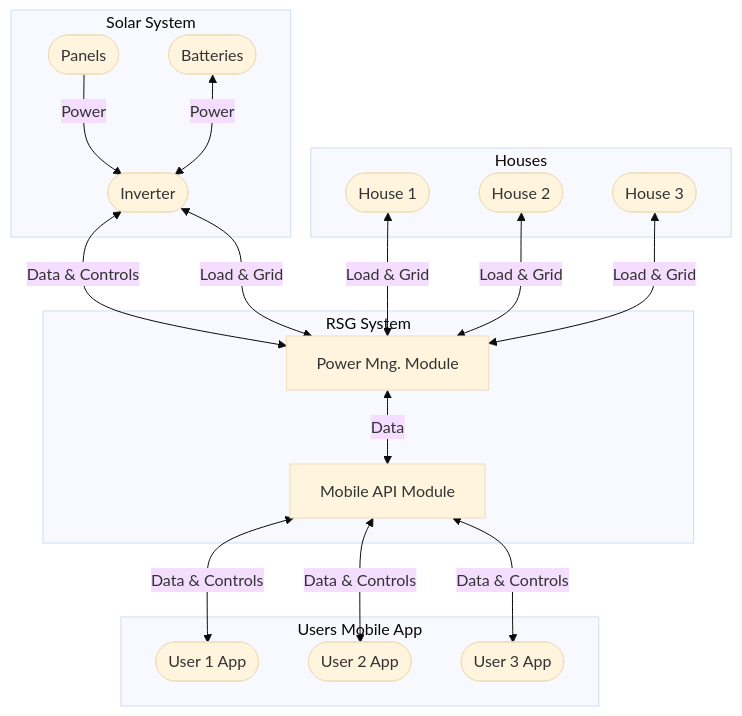
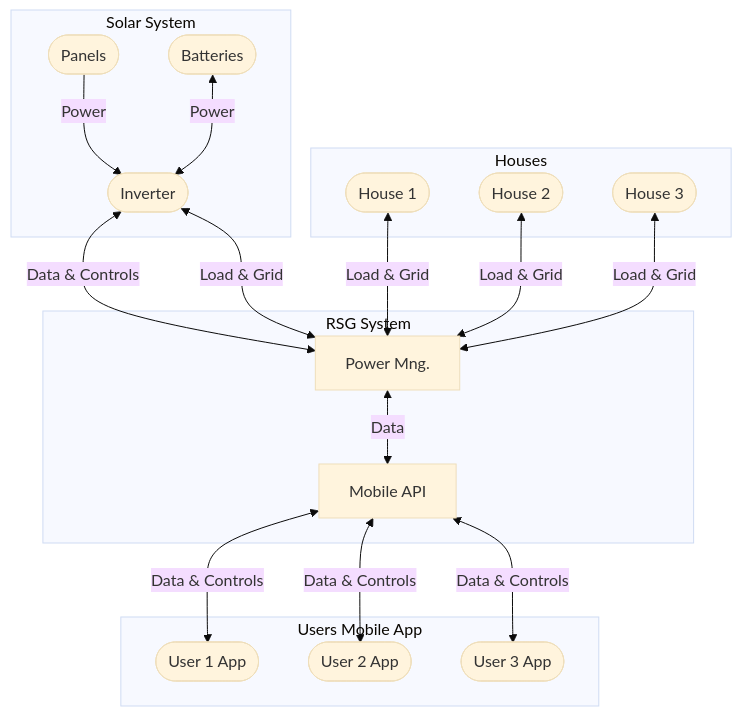
Before and after one commit to ezAldinWaez/residential-smart-grid-prototype: the diagram in graphs/rsg_system_graph.mermaid, drawn with Mermaid (base theme). The commit also changed 1 other file, not shown here.

Commit message:
some edits on system graphs

```diff
--- a/graphs/rsg_system_graph.mermaid
+++ b/graphs/rsg_system_graph.mermaid
@@ -1,34 +1,34 @@
 graph TB
   subgraph SS[Solar System]
     SS_P([Panels])
     SS_B([Batteries])
     SS_I([Inverter])
   end
 
   subgraph RSGS[RSG System]
-    RSGS_PMM[Power Mng. Module]
-    RSGS_MAM[Mobile API Module]
+    RSGS_PM[Power Mng.]
+    RSGS_MA[Mobile API]
   end
 
   subgraph HS[Houses]
     HS_H1([House 1])
     HS_H2([House 2])
     HS_H3([House 3])
   end
 
   subgraph UMA[Users Mobile App]
     UMA_U1([User 1 App])
     UMA_U2([User 2 App])
     UMA_U3([User 3 App])
   end
 
   SS_P --Power--> SS_I
   SS_B <--Power--> SS_I
 
-  SS_I <--Data & Controls--> RSGS_PMM
-  SS_I <--Load & Grid--> RSGS_PMM
+  SS_I <--Data & Controls--> RSGS_PM
+  SS_I <--Load & Grid--> RSGS_PM
 
-  HS_H1 & HS_H2 & HS_H3 <--Load & Grid--> RSGS_PMM
+  HS_H1 & HS_H2 & HS_H3 <--Load & Grid--> RSGS_PM
 
-  RSGS_PMM <--Data--> RSGS_MAM
-  RSGS_MAM <--Data & Controls--> UMA_U1 & UMA_U2 & UMA_U3
+  RSGS_PM <--Data--> RSGS_MA
+  RSGS_MA <--Data & Controls--> UMA_U1 & UMA_U2 & UMA_U3
```
